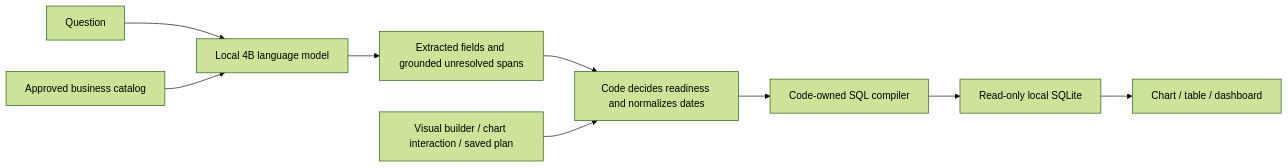
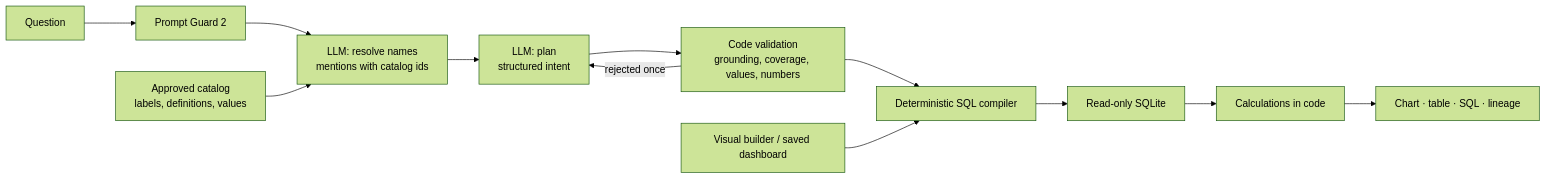
One commit to gshyam46/AIDA changed the diagram in README.md. Above: the diagram before and after it, drawn with Mermaid (forest theme). The commit also changed other lines of this file and 71 other files, not shown here.

````diff
--- a/README.md
+++ b/README.md
@@ -43,11 +80,14 @@
 ```mermaid
 flowchart LR
-    Q[Question] --> M[Local 4B language model]
-    C[Approved business catalog] --> M
-    M --> I[Extracted fields and grounded unresolved spans]
-    I --> V[Code decides readiness and normalizes dates]
-    B[Visual builder / chart interaction / saved plan] --> V
-    V --> S[Code-owned SQL compiler]
-    S --> D[Read-only local SQLite]
-    D --> R[Chart / table / dashboard]
+    Q[Question] --> G[Prompt Guard 2]
+    G --> R[LLM: resolve names<br/>mentions with catalog ids]
+    C[Approved catalog<br/>labels, definitions, values] --> R
+    R --> P[LLM: plan<br/>structured intent]
+    P --> V[Code validation<br/>grounding, coverage, values, numbers]
+    V -- rejected once --> P
+    V --> S[Deterministic SQL compiler]
+    S --> D[Read-only SQLite]
+    D --> K[Calculations in code]
+    K --> O[Chart · table · SQL · lineage]
+    B[Visual builder / saved dashboard] --> S
 ```
````
